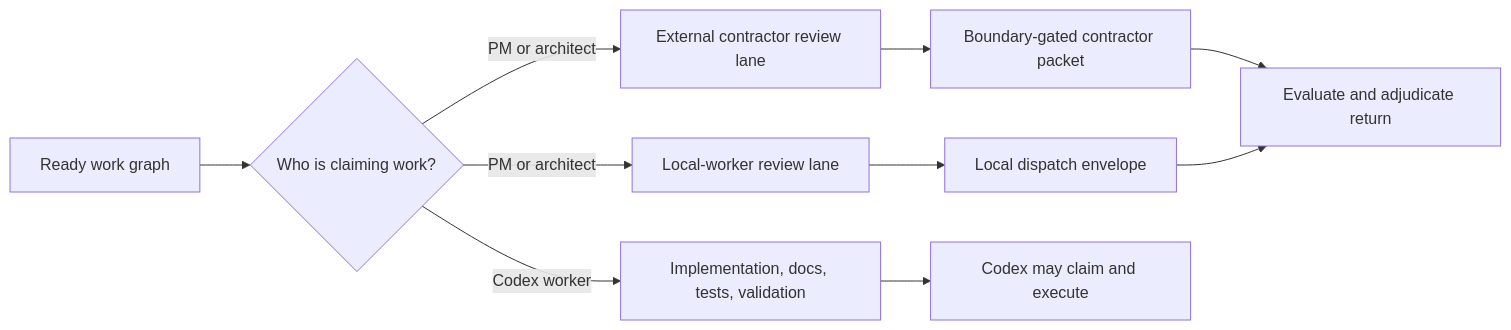
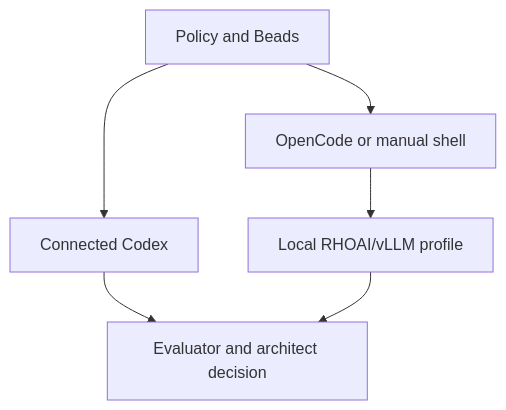
Before and after one commit to gprocunier/complex-work-orchestration: the third of 3 diagrams in README.md, drawn with Mermaid. The commit also changed other lines of this file and 8 other files, not shown here.

````diff
--- a/README.md
+++ b/README.md
@@ -965,13 +155,8 @@
 ```mermaid
-flowchart LR
-    Ready[Ready work graph] --> Filter{Who is claiming work?}
-    Filter -->|Codex worker| Normal[Implementation, docs, tests, validation]
-    Filter -->|PM or architect| External[External contractor review lane]
-    Filter -->|PM or architect| Local[Local-worker review lane]
-
-    External --> Packet[Boundary-gated contractor packet]
-    Local --> LocalEnvelope[Local dispatch envelope]
-    Normal --> Execute[Codex may claim and execute]
-    Packet --> Evaluate[Evaluate and adjudicate return]
-    LocalEnvelope --> Evaluate
+flowchart TD
+    P[Policy and Beads] --> C1[Connected Codex]
+    P --> O[OpenCode or manual shell]
+    O --> L[Local RHOAI/vLLM profile]
+    C1 --> E[Evaluator and architect decision]
+    L --> E
 ```
````
